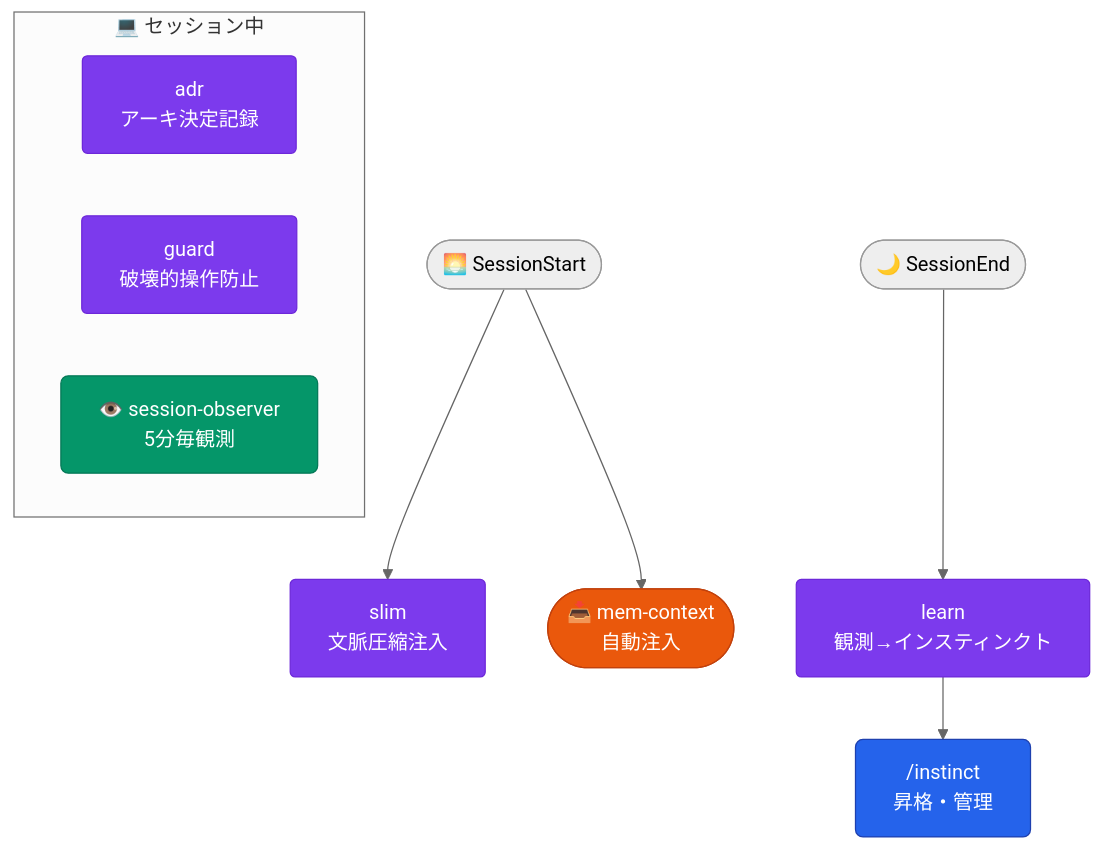
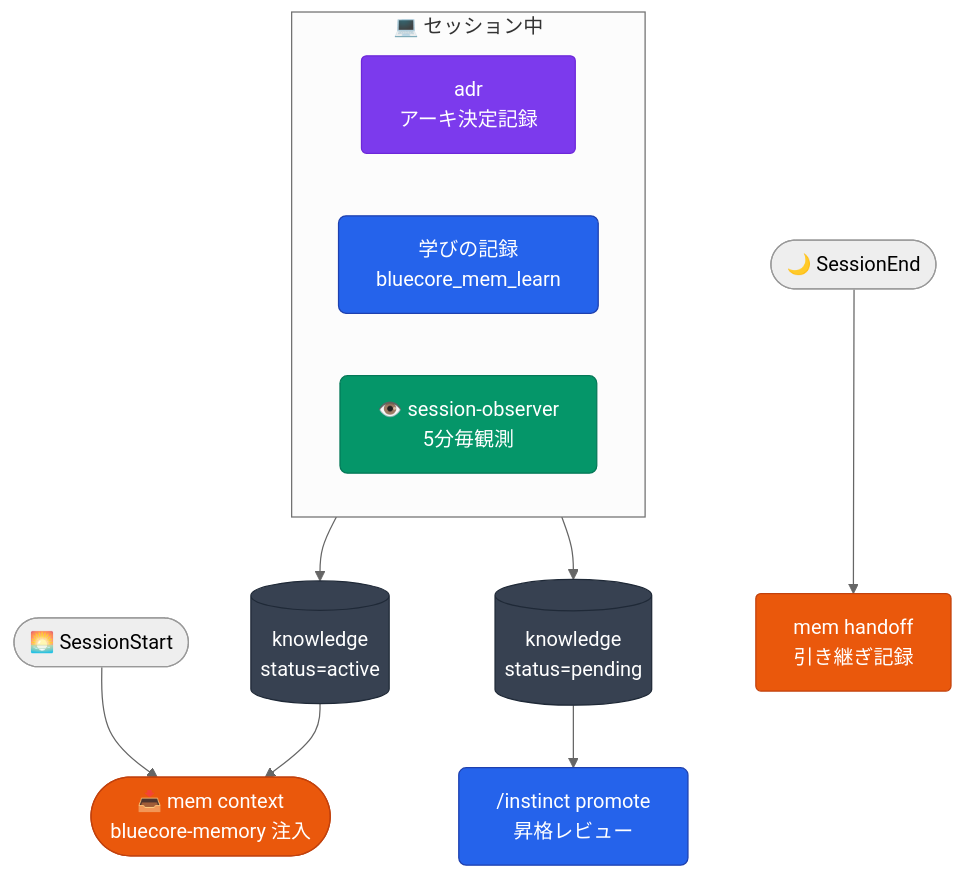
The eighth of 12 diagrams in README.md (aokumablue/claq), drawn with Mermaid (neutral theme) before and after one commit. The commit also changed other lines of this file and 1 other file, not shown here.

First line of the commit message:
docs: CLAUDE.md と README を新しい mem のデータモデルへ更新

````diff
--- a/README.md
+++ b/README.md
@@ -372,20 +372,24 @@
 ```mermaid
 flowchart TD
   classDef cmd    fill:#2563eb,stroke:#1e40af,color:#fff,rx:6
   classDef agent  fill:#059669,stroke:#047857,color:#fff,rx:6
   classDef auto   fill:#ea580c,stroke:#c2410c,color:#fff,rx:4
   classDef skill  fill:#7c3aed,stroke:#6d28d9,color:#fff,rx:4
+  classDef store  fill:#374151,stroke:#1f2937,color:#fff,rx:4
 
-  SS(["🌅 SessionStart"]) --> SL["slim<br/>文脈圧縮注入"]:::skill
-  SS --> MC(["📥 mem-context<br/>自動注入"]):::auto
+  SS(["🌅 SessionStart"]) --> MC(["📥 mem context<br/>bluecore-memory 注入"]):::auto
 
   subgraph session["💻 セッション中"]
     direction LR
     SAD["adr<br/>アーキ決定記録"]:::skill
-    SGU["guard<br/>破壊的操作防止"]:::skill
+    CW["学びの記録<br/>bluecore_mem_learn"]:::cmd
     AO["👁️ session-observer<br/>5分毎観測"]:::agent
   end
 
-  SE(["🌙 SessionEnd"]) --> SLE["learn<br/>観測→インスティンクト"]:::skill
-  SLE --> CI["/instinct<br/>昇格・管理"]:::cmd
+  CW --> KA[("knowledge<br/>status=active")]:::store
+  KA --> MC
+
+  SE(["🌙 SessionEnd"]) --> SLE["mem handoff<br/>引き継ぎ記録"]:::auto
+  AO --> PK[("knowledge<br/>status=pending")]:::store
+  PK --> CI["/instinct promote<br/>昇格レビュー"]:::cmd
 ```
````
